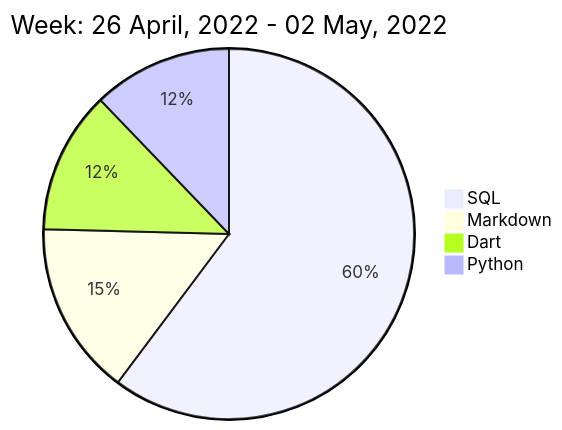
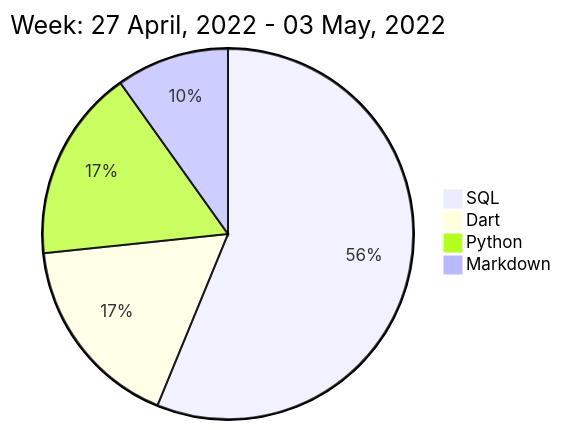
Before and after one commit to liubin95/liubin95: the diagram in README.md, drawn with Mermaid.

Commit message:
Updated the Graph with new Metrics

````diff
--- a/README.md
+++ b/README.md
@@ -40,8 +40,8 @@
 ```mermaid
  pie
-title Week: 26 April, 2022 - 02 May, 2022
- "SQL" : 7.42
- "Markdown" : 1.87
+title Week: 27 April, 2022 - 03 May, 2022
+ "SQL" : 5.02
  "Dart" : 1.53
  "Python" : 1.5
+ "Markdown" : 0.88
 ```
````
